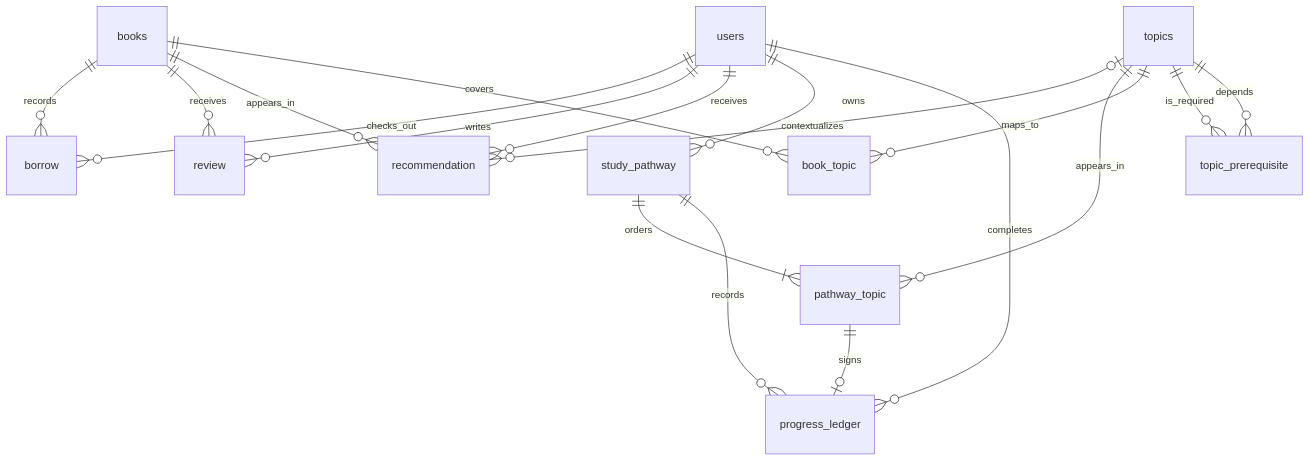
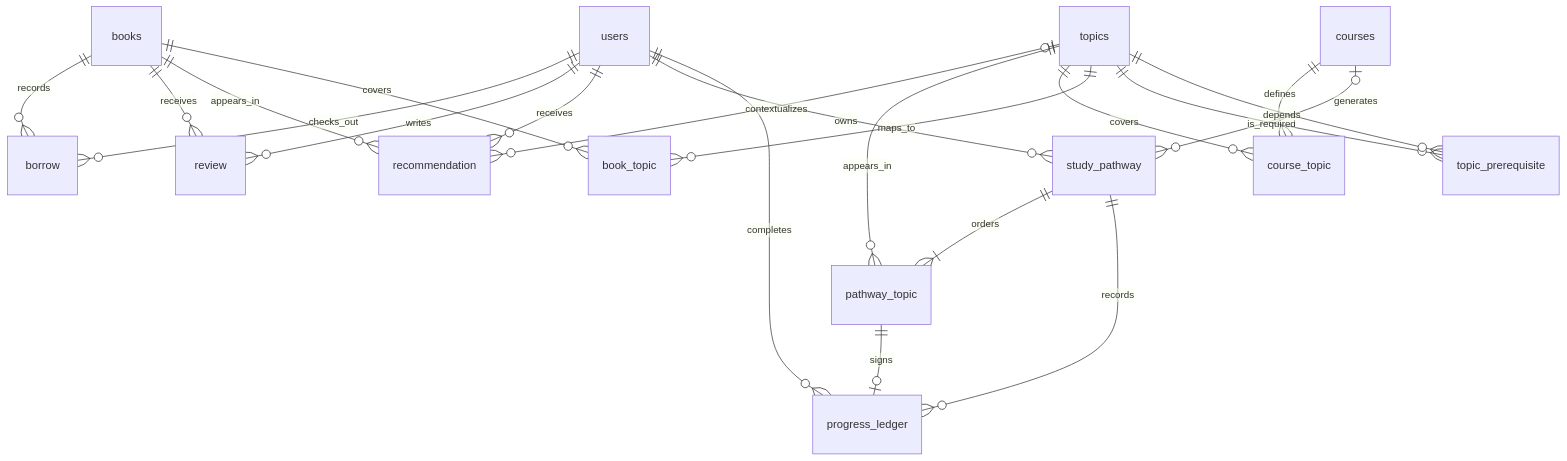
One commit to adithyap15122005/library-study-system changed the diagram in README.md. Above: the diagram before and after it, drawn with Mermaid. The commit also changed other lines of this file and 28 other files, not shown here.

````diff
--- a/README.md
+++ b/README.md
@@ -84,20 +92,23 @@
 ```mermaid
 erDiagram
     users ||--o{ borrow : checks_out
     books ||--o{ borrow : records
     users ||--o{ review : writes
     books ||--o{ review : receives
     users ||--o{ recommendation : receives
     books ||--o{ recommendation : appears_in
     topics |o--o{ recommendation : contextualizes
     users ||--o{ study_pathway : owns
     study_pathway ||--|{ pathway_topic : orders
     topics ||--o{ pathway_topic : appears_in
+    courses ||--|{ course_topic : defines
+    topics ||--o{ course_topic : covers
+    courses o|--o{ study_pathway : generates
     books ||--o{ book_topic : covers
     topics ||--o{ book_topic : maps_to
     topics ||--o{ topic_prerequisite : is_required
     topics ||--o{ topic_prerequisite : depends
     users ||--o{ progress_ledger : completes
     study_pathway ||--o{ progress_ledger : records
     pathway_topic ||--o| progress_ledger : signs
 ```
````
